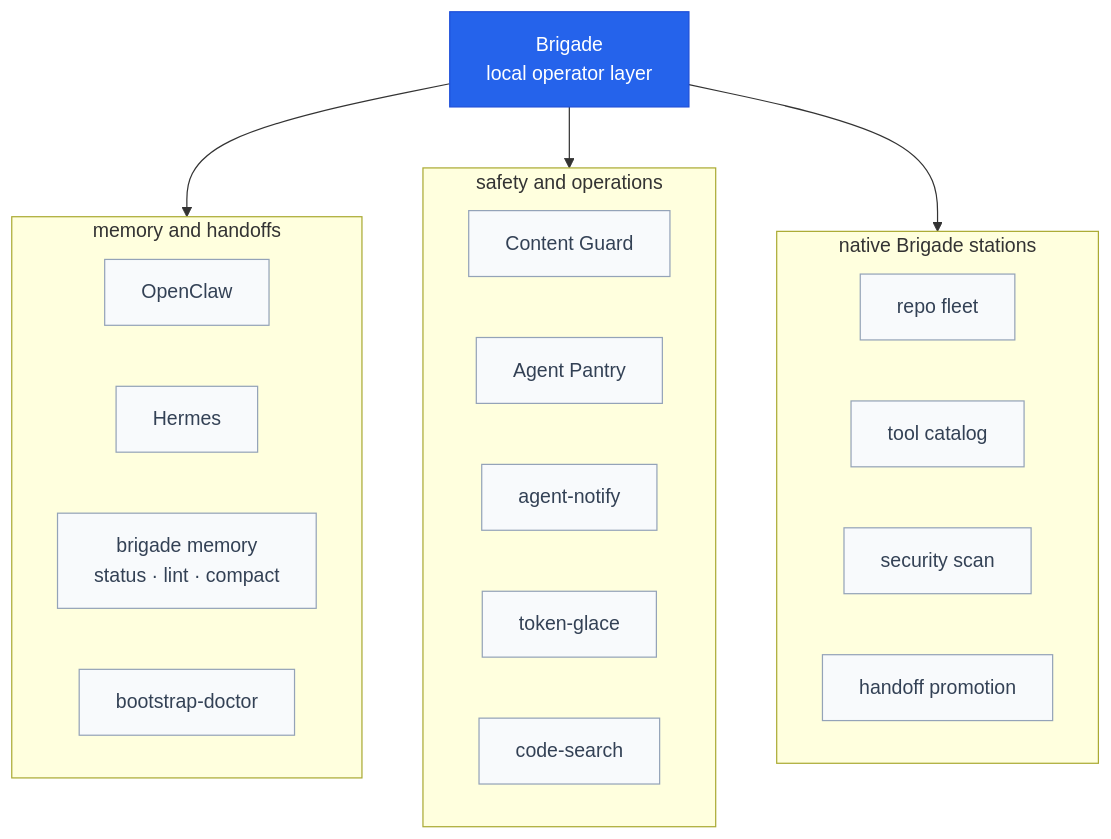
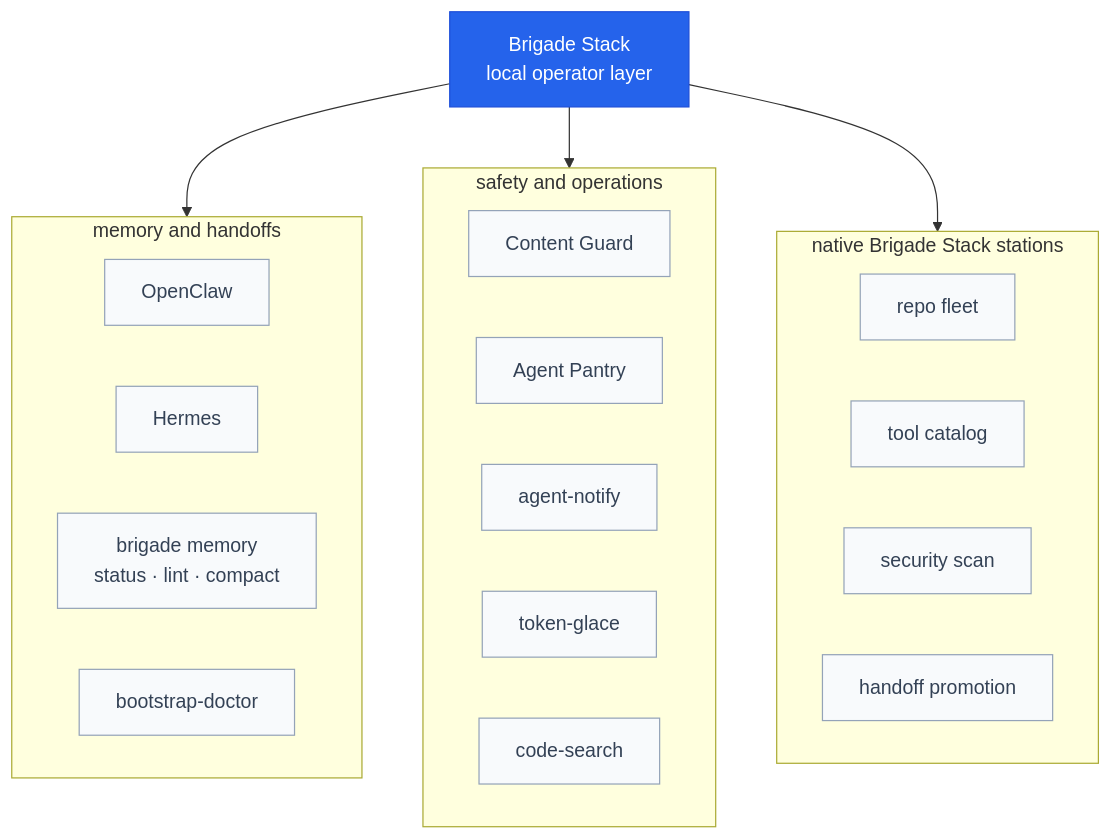
The fifth of 12 diagrams in docs/overview.md (escoffier-labs/brigade), drawn with Mermaid before and after one commit. The commit also changed other lines of this file and 16 other files, not shown here.

Commit message:
feat(cli): adopt Brigade Stack terminology and neutral starter seats

````diff
--- a/docs/overview.md
+++ b/docs/overview.md
@@ -344,35 +346,35 @@
 ```mermaid
 flowchart TB
-    BRIGADE["Brigade<br/>local operator layer"]
+    BRIGADE["Brigade Stack<br/>local operator layer"]
 
     subgraph MEMORY [" memory and handoffs "]
         OPENCLAW["OpenClaw"]
         HERMES["Hermes"]
         MDOCTOR["brigade memory<br/>status · lint · compact"]
         BDOCTOR["bootstrap-doctor"]
     end
 
     subgraph SAFETY [" safety and operations "]
         GUARD["Content Guard"]
         PANTRY["Agent Pantry"]
         NOTIFY["agent-notify"]
         TOKEN["token-glace"]
         SEARCH["code-search"]
     end
 
-    subgraph NATIVE [" native Brigade stations "]
+    subgraph NATIVE [" native Brigade Stack stations "]
         REPOS["repo fleet"]
         TOOLS["tool catalog"]
         SECURITY["security scan"]
         HANDOFFS["handoff promotion"]
     end
 
     BRIGADE --> MEMORY
     BRIGADE --> SAFETY
     BRIGADE --> NATIVE
 
     classDef core fill:#2563eb,stroke:#1d4ed8,color:#fff;
     classDef group fill:#f8fafc,stroke:#94a3b8,color:#334155;
     class BRIGADE core;
     class OPENCLAW,HERMES,MDOCTOR,BDOCTOR,GUARD,PANTRY,NOTIFY,TOKEN,SEARCH,REPOS,TOOLS,SECURITY,HANDOFFS group;
 ```
````
